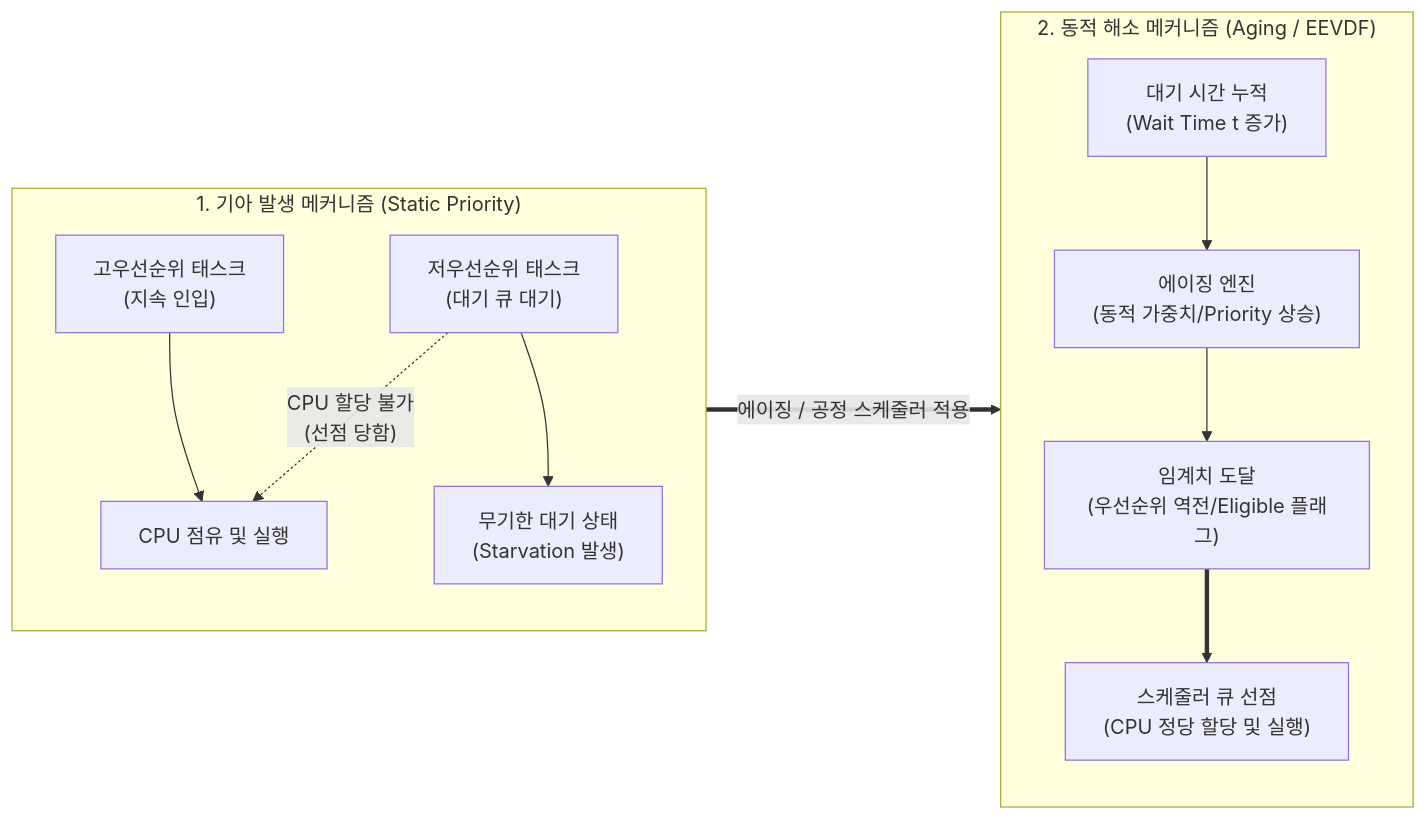
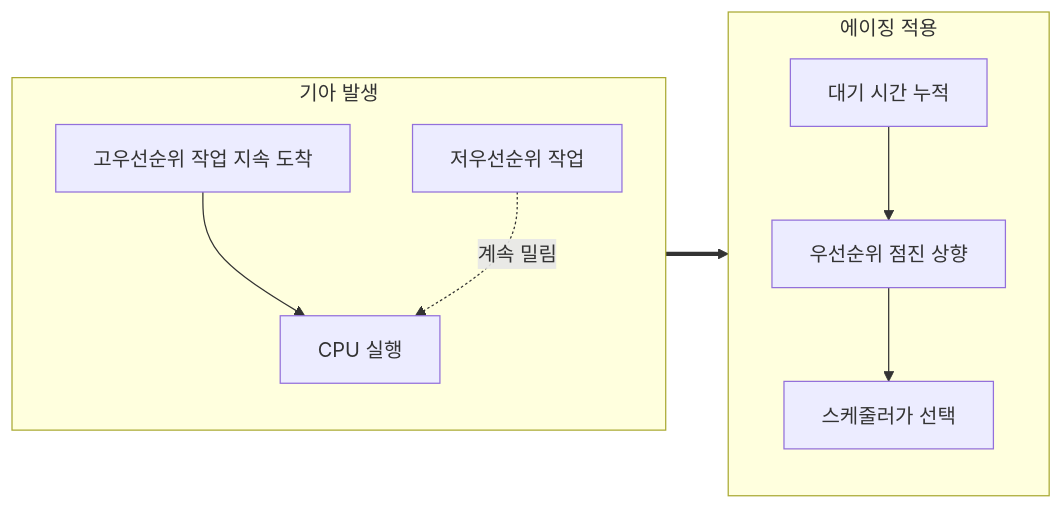
Before and after one commit to supremethumb/supremethumb.github.io: the diagram in content/01_IT Tech/기아.md, drawn with Mermaid. The commit also changed other lines of this file and 1087 other files, not shown here.

````diff
--- a/content/01_IT Tech/기아.md
+++ b/content/01_IT Tech/기아.md
@@ -27,19 +35,14 @@
 ```mermaid
 flowchart LR
-    subgraph CAUSE["1. 기아 발생 메커니즘 (Static Priority)"]
+    subgraph CAUSE["기아 발생"]
         direction TB
-        HP["고우선순위 태스크<br/>(지속 인입)"] --> CPU["CPU 점유 및 실행"]
-        LP["저우선순위 태스크<br/>(대기 큐 대기)"] -.->|"CPU 할당 불가<br/>(선점 당함)"| CPU
-        LP --> STARVE["무기한 대기 상태<br/>(Starvation 발생)"]
+        HP["고우선순위 작업 지속 도착"] --> RUN["CPU 실행"]
+        LP["저우선순위 작업"] -.->|"계속 밀림"| RUN
     end
-
-    subgraph RESOLVE["2. 동적 해소 메커니즘 (Aging / EEVDF)"]
+    subgraph FIX["에이징 적용"]
         direction TB
-        WAIT["대기 시간 누적<br/>(Wait Time t 증가)"] --> AGING["에이징 엔진<br/>(동적 가중치/Priority 상승)"]
-        AGING --> ELEV["임계치 도달<br/>(우선순위 역전/Eligible 플래그)"]
-        ELEV ==> SCHED["스케줄러 큐 선점<br/>(CPU 정당 할당 및 실행)"]
+        W["대기 시간 누적"] --> UP["우선순위 점진 상향"]
+        UP --> SEL["스케줄러가 선택"]
     end
-
-    CAUSE ==>|"에이징 / 공정 스케줄러 적용"| RESOLVE
-
+    CAUSE ==> FIX
 ```
````
